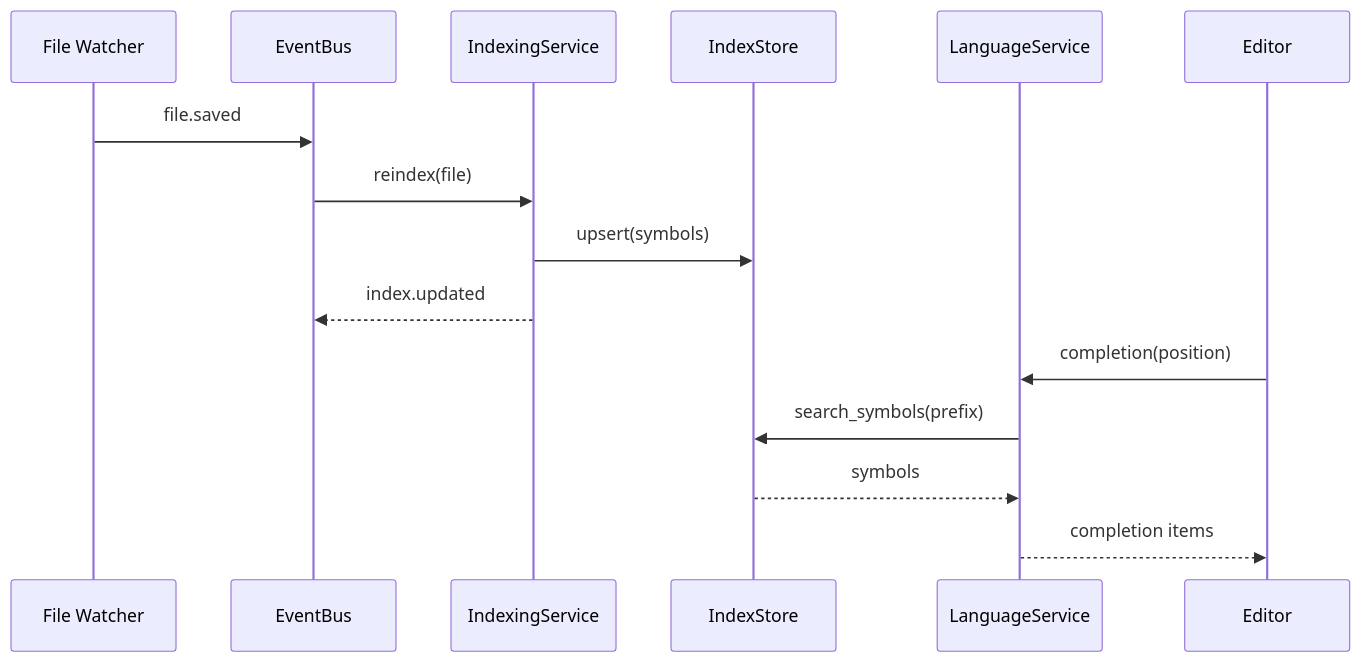
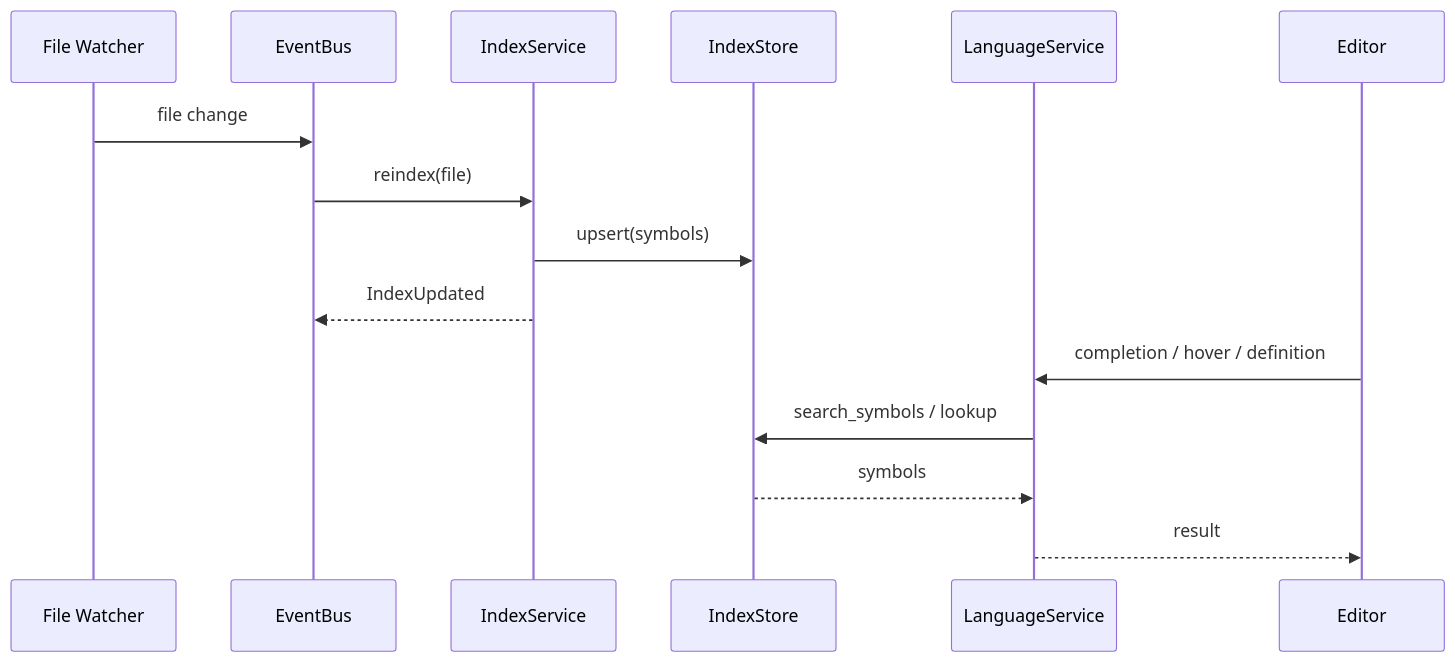
One commit to deekshith-poojary98/robot-studio changed the third of 3 diagrams in ARCHITECTURE.md. Above: the diagram before and after it, drawn with Mermaid. The commit also changed other lines of this file and 26 other files, not shown here.

First line of the commit message:
Update architecture documentation and enhance indexing features.

````diff
--- a/ARCHITECTURE.md
+++ b/ARCHITECTURE.md
@@ -525,19 +373,19 @@
 ```mermaid
 sequenceDiagram
     participant FS as File Watcher
     participant EB as EventBus
-    participant IDX as IndexingService
+    participant IDX as IndexService
     participant IS as IndexStore
     participant LS as LanguageService
     participant UI as Editor
 
-    FS->>EB: file.saved
+    FS->>EB: file change
     EB->>IDX: reindex(file)
     IDX->>IS: upsert(symbols)
-    IDX-->>EB: index.updated
+    IDX-->>EB: IndexUpdated
 
-    UI->>LS: completion(position)
-    LS->>IS: search_symbols(prefix)
+    UI->>LS: completion / hover / definition
+    LS->>IS: search_symbols / lookup
     IS-->>LS: symbols
-    LS-->>UI: completion items
+    LS-->>UI: result
 ```
````
